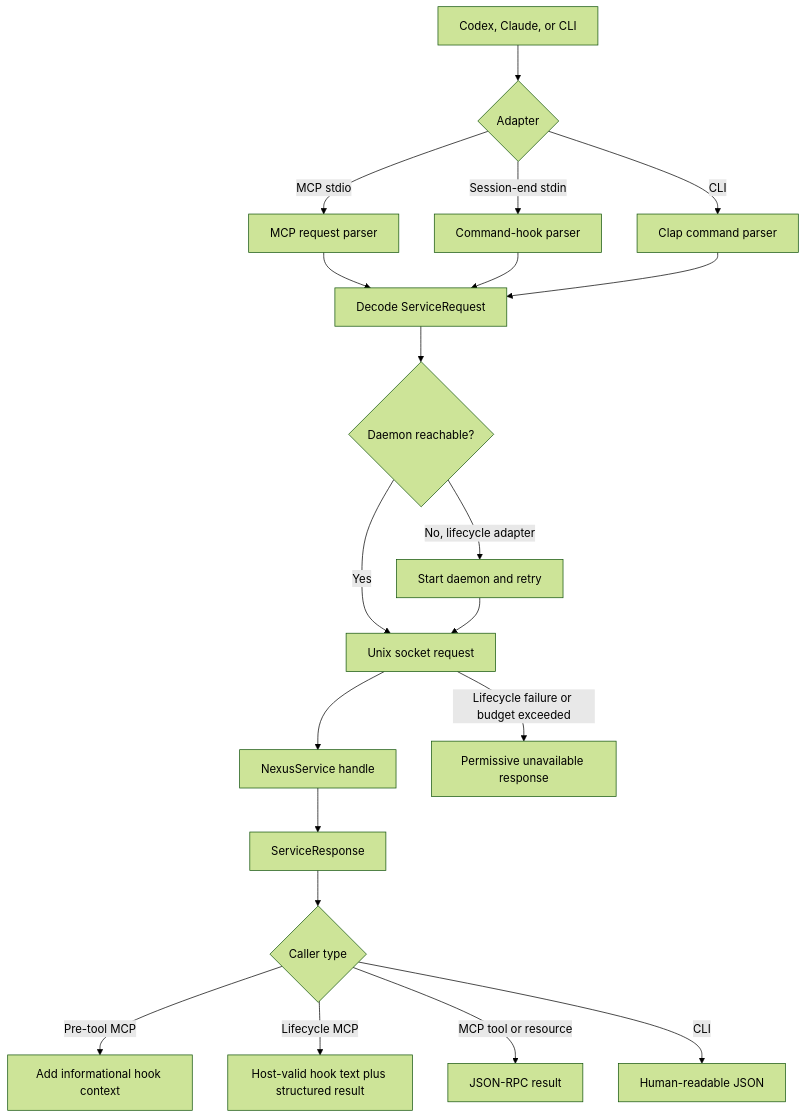
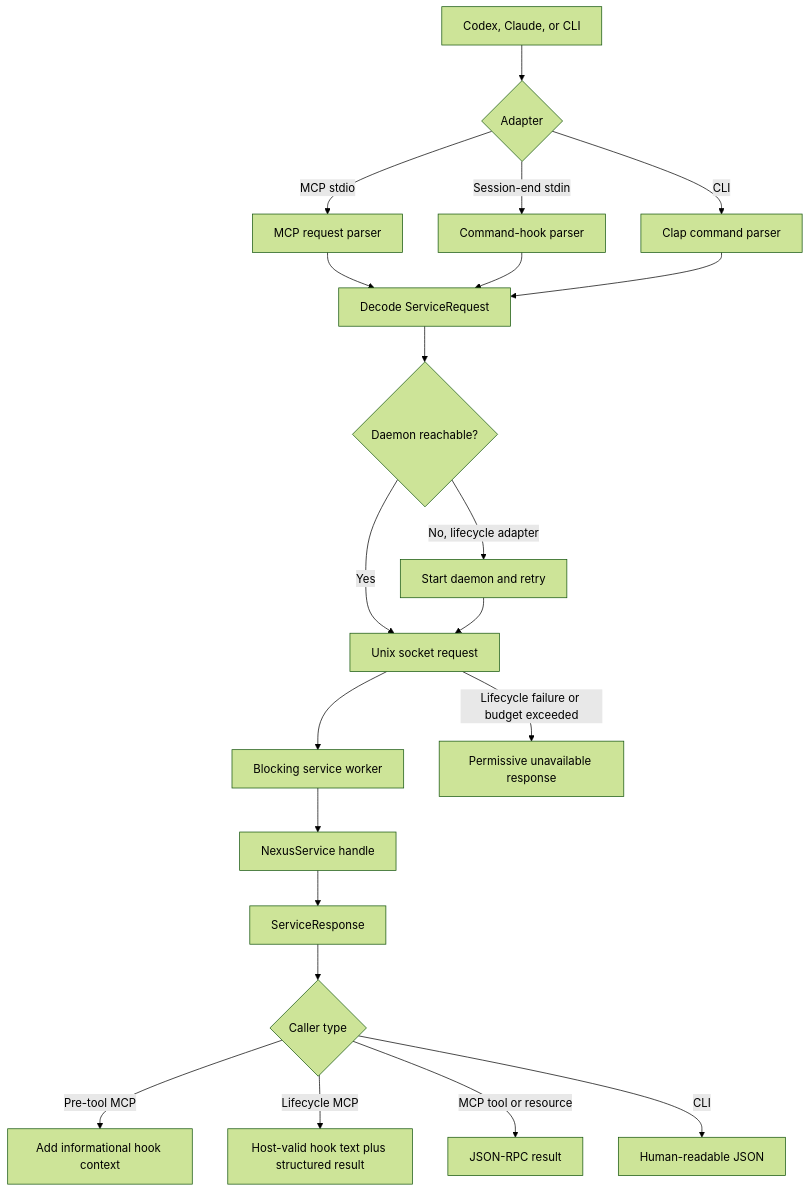
Before and after one commit to warrenronsiek/nexus: the diagram in docs/features/runtime.md, drawn with Mermaid (forest theme). The commit also changed other lines of this file and 6 other files, not shown here.

````diff
--- a/docs/features/runtime.md
+++ b/docs/features/runtime.md
@@ -17,22 +17,23 @@
 ```mermaid
 flowchart TD
     A[Codex, Claude, or CLI] --> B{Adapter}
     B -->|MCP stdio| C[MCP request parser]
     B -->|Session-end stdin| P[Command-hook parser]
     B -->|CLI| D[Clap command parser]
     C --> E[Decode ServiceRequest]
     P --> E
     D --> E
     E --> F{Daemon reachable?}
     F -->|No, lifecycle adapter| G[Start daemon and retry]
     F -->|Yes| H[Unix socket request]
     G --> H
-    H --> I[NexusService handle]
+    H --> R[Blocking service worker]
+    R --> I[NexusService handle]
     I --> J[ServiceResponse]
     J --> K{Caller type}
     K -->|Pre-tool MCP| L[Add informational hook context]
     K -->|Lifecycle MCP| M[Host-valid hook text plus structured result]
     K -->|MCP tool or resource| N[JSON-RPC result]
     K -->|CLI| O[Human-readable JSON]
     H -->|Lifecycle failure or budget exceeded| Q[Permissive unavailable response]
 ```
````
